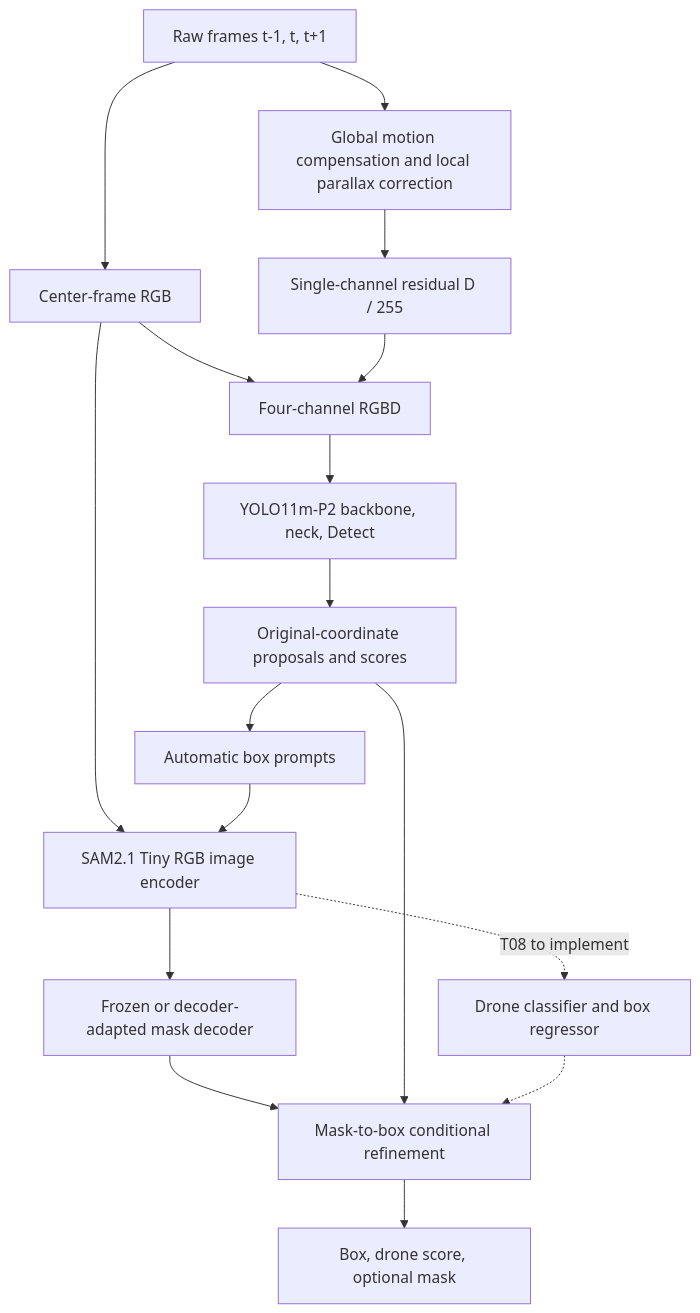
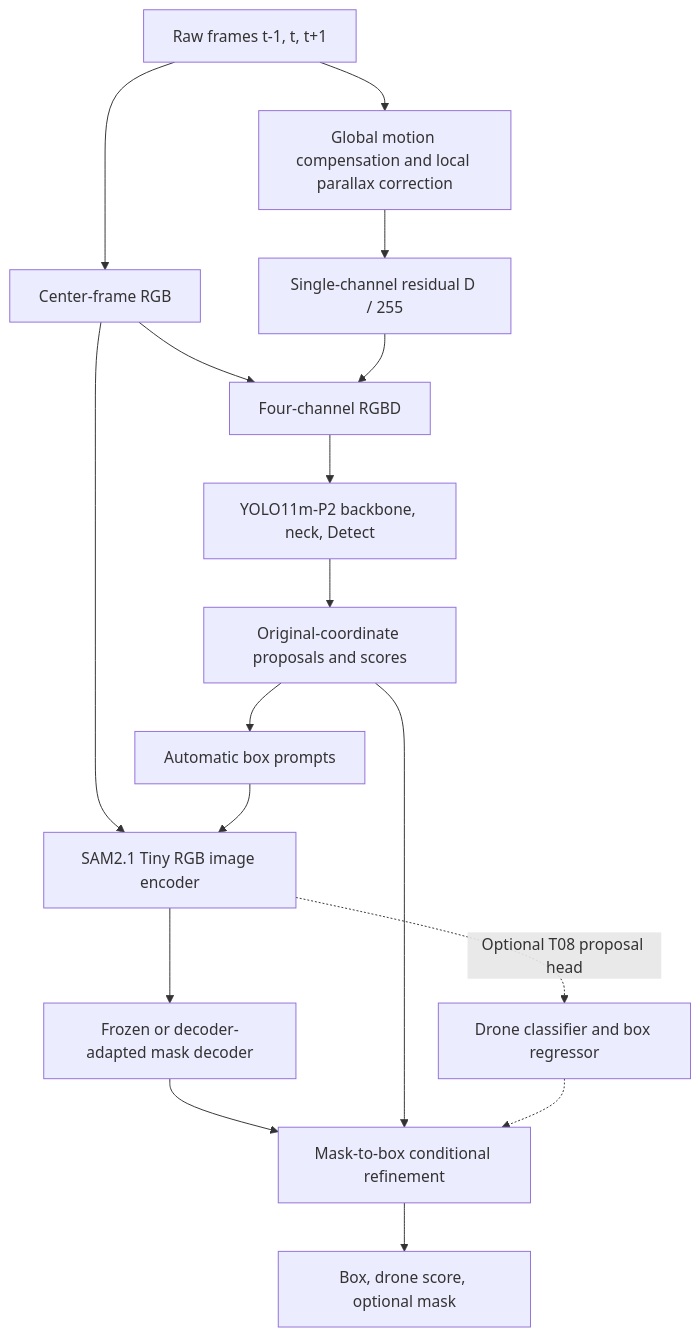
Before and after one commit to yuanboP/URAP2026: the diagram in docs/training-prompt/02_ARCHITECTURE_AND_EXPERIMENTS.md, drawn with Mermaid. The commit also changed other lines of this file and 31 other files, not shown here.

````diff
--- a/docs/training-prompt/02_ARCHITECTURE_AND_EXPERIMENTS.md
+++ b/docs/training-prompt/02_ARCHITECTURE_AND_EXPERIMENTS.md
@@ -5,19 +5,19 @@
 ```mermaid
 flowchart TD
   V[Raw frames t-1, t, t+1] --> F[Global motion compensation and local parallax correction]
   F --> D[Single-channel residual D / 255]
   V --> RGB[Center-frame RGB]
   RGB --> IN[Four-channel RGBD]
   D --> IN
   IN --> Y[YOLO11m-P2 backbone, neck, Detect]
   Y --> BOX[Original-coordinate proposals and scores]
   RGB --> S[SAM2.1 Tiny RGB image encoder]
   BOX --> P[Automatic box prompts]
   P --> S
   S --> M[Frozen or decoder-adapted mask decoder]
   M --> R[Mask-to-box conditional refinement]
   BOX --> R
-  S -. T08 to implement .-> H[Drone classifier and box regressor]
+  S -. Optional T08 proposal head .-> H[Drone classifier and box regressor]
   H -.-> R
   R --> O[Box, drone score, optional mask]
 ```
````
